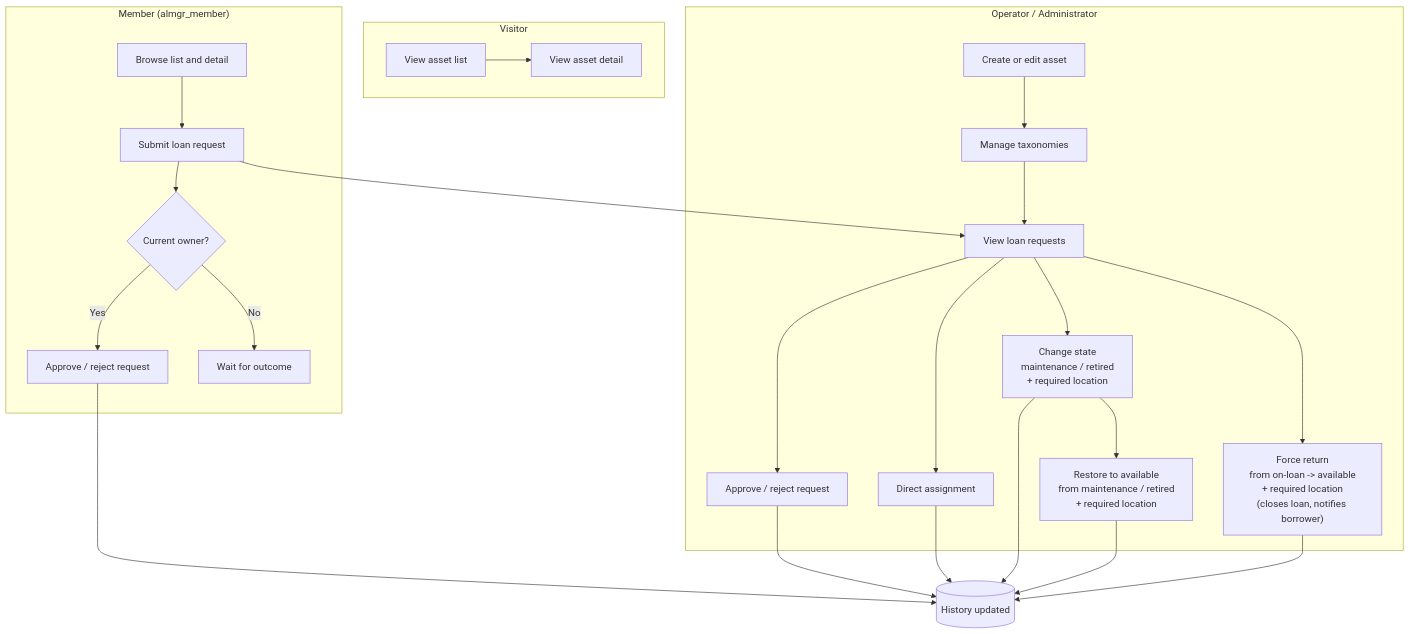
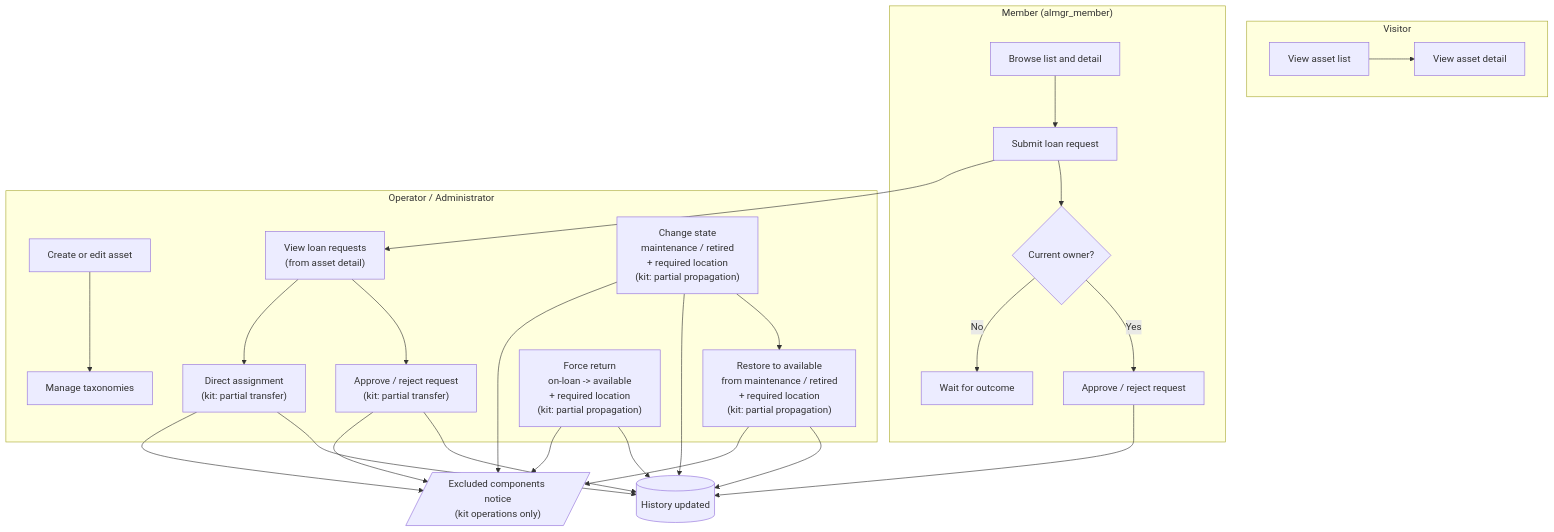
Before and after one commit to ilclaudio/asset-lending-manager: the diagram in DOC/RoleActionsSwimlane.md, drawn with Mermaid. The commit also changed other lines of this file and 7 other files, not shown here.

Commit message:
docs: update documentation for 0.2.4 partial kit propagation

````diff
--- a/DOC/RoleActionsSwimlane.md
+++ b/DOC/RoleActionsSwimlane.md
@@ -10,47 +10,50 @@
 ```mermaid
 flowchart TD
   subgraph VIS["Visitor"]
     V1["View asset list"]
     V2["View asset detail"]
     V1 --> V2
   end
 
   subgraph MEM["Member (almgr_member)"]
     M1["Browse list and detail"]
     M2["Submit loan request"]
     M3{"Current owner?"}
     M4["Approve / reject request"]
     M5["Wait for outcome"]
     M1 --> M2 --> M3
     M3 -->|Yes| M4
     M3 -->|No| M5
   end
 
   subgraph OPE["Operator / Administrator"]
     O1["Create or edit asset"]
     O2["Manage taxonomies"]
-    O3["View loan requests"]
-    O4["Approve / reject request"]
-    O5["Direct assignment"]
-    O6["Change state\nmaintenance / retired\n+ required location"]
-    O7["Restore to available\nfrom maintenance / retired\n+ required location"]
-    O8["Force return\nfrom on-loan -> available\n+ required location\n(closes loan, notifies borrower)"]
+    O3["View loan requests\n(from asset detail)"]
+    O4["Approve / reject request\n(kit: partial transfer)"]
+    O5["Direct assignment\n(kit: partial transfer)"]
+    O6["Change state\nmaintenance / retired\n+ required location\n(kit: partial propagation)"]
+    O7["Restore to available\nfrom maintenance / retired\n+ required location\n(kit: partial propagation)"]
+    O8["Force return\non-loan -> available\n+ required location\n(kit: partial propagation)"]
     O1 --> O2
-    O2 --> O3
     O3 --> O4
     O3 --> O5
-    O3 --> O6
     O6 --> O7
-    O3 --> O8
   end
 
+  EX[/"Excluded components notice\n(kit operations only)"/]
   H1[("History updated")]
 
   M2 --> O3
   M4 --> H1
   O4 --> H1
+  O4 --> EX
   O5 --> H1
+  O5 --> EX
   O6 --> H1
+  O6 --> EX
   O7 --> H1
+  O7 --> EX
   O8 --> H1
+  O8 --> EX
 ```
````
